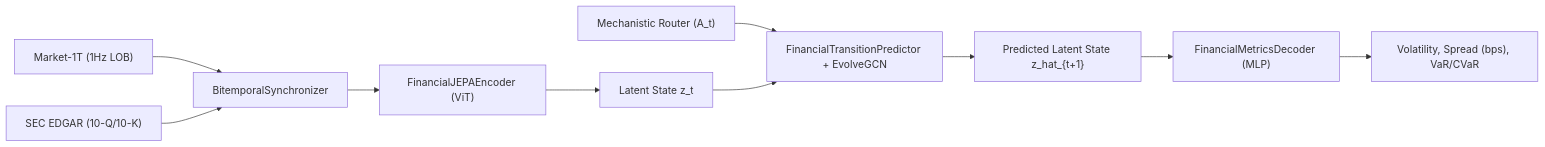
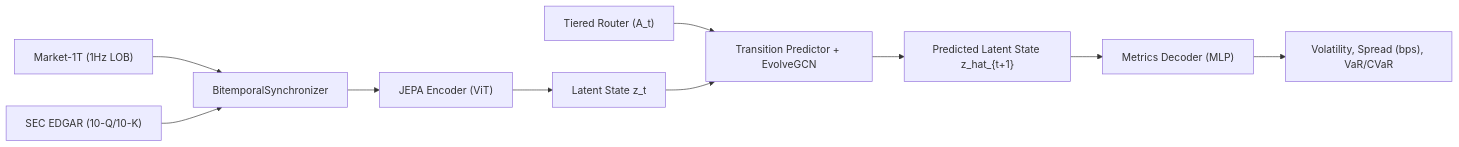
Before and after one commit to vfcarida/Enterprise-World-Model-Engine: the first of 2 diagrams in ARCHITECTURE.md, drawn with Mermaid. The commit also changed other lines of this file and 3 other files, not shown here.

Commit message:
docs(architecture): reconcile ARCHITECTURE.md with v1.5.0 scope and add status labels

````diff
--- a/ARCHITECTURE.md
+++ b/ARCHITECTURE.md
@@ -44,12 +99,12 @@
 ```mermaid
 flowchart LR
     M1T["Market-1T (1Hz LOB)"] --> BS["BitemporalSynchronizer"]
     EDGAR["SEC EDGAR (10-Q/10-K)"] --> BS
-    BS --> JEPA["FinancialJEPAEncoder (ViT)"]
+    BS --> JEPA["JEPA Encoder (ViT)"]
     JEPA --> ZT["Latent State z_t"]
-    ROUTER["Mechanistic Router (A_t)"] --> PRED["FinancialTransitionPredictor + EvolveGCN"]
+    ROUTER["Tiered Router (A_t)"] --> PRED["Transition Predictor + EvolveGCN"]
     ZT --> PRED
     PRED --> ZHAT["Predicted Latent State z_hat_{t+1}"]
-    ZHAT --> DEC["FinancialMetricsDecoder (MLP)"]
+    ZHAT --> DEC["Metrics Decoder (MLP)"]
     DEC --> OUT["Volatility, Spread (bps), VaR/CVaR"]
 ```
````
